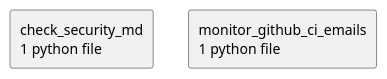
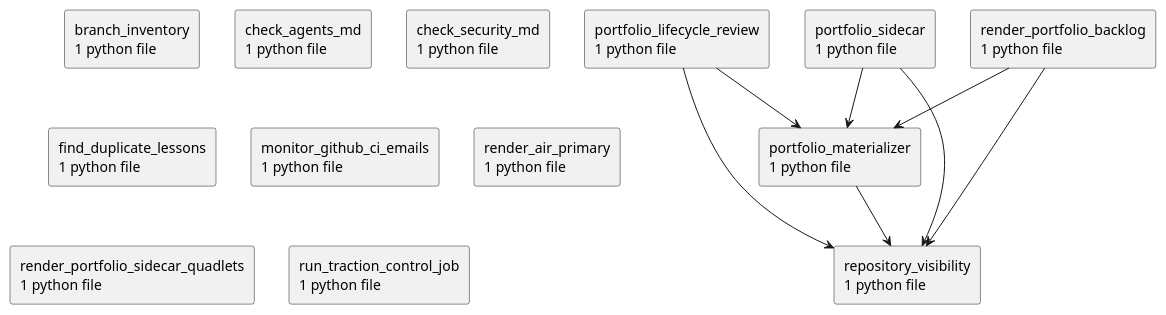
One commit to casonk/traction-control changed the diagram in docs/diagrams/python-packages.puml. Above: the diagram before and after it, drawn with PlantUML. The commit also changed 31 other files, not shown here.

Commit message:
docs: refresh architecture diagrams (#25)

```diff
--- a/docs/diagrams/python-packages.puml
+++ b/docs/diagrams/python-packages.puml
@@ -1,7 +1,25 @@
 @startuml packages_traction-control
 set namespaceSeparator none
 top to bottom direction
 skinparam componentStyle rectangle
+rectangle "branch_inventory\n1 python file" as branch_inventory
+rectangle "check_agents_md\n1 python file" as check_agents_md
 rectangle "check_security_md\n1 python file" as check_security_md
+rectangle "find_duplicate_lessons\n1 python file" as find_duplicate_lessons
 rectangle "monitor_github_ci_emails\n1 python file" as monitor_github_ci_emails
+rectangle "portfolio_lifecycle_review\n1 python file" as portfolio_lifecycle_review
+rectangle "portfolio_materializer\n1 python file" as portfolio_materializer
+rectangle "portfolio_sidecar\n1 python file" as portfolio_sidecar
+rectangle "render_air_primary\n1 python file" as render_air_primary
+rectangle "render_portfolio_backlog\n1 python file" as render_portfolio_backlog
+rectangle "render_portfolio_sidecar_quadlets\n1 python file" as render_portfolio_sidecar_quadlets
+rectangle "repository_visibility\n1 python file" as repository_visibility
+rectangle "run_traction_control_job\n1 python file" as run_traction_control_job
+portfolio_lifecycle_review --> portfolio_materializer
+portfolio_lifecycle_review --> repository_visibility
+portfolio_materializer --> repository_visibility
+portfolio_sidecar --> portfolio_materializer
+portfolio_sidecar --> repository_visibility
+render_portfolio_backlog --> portfolio_materializer
+render_portfolio_backlog --> repository_visibility
 @enduml
```
